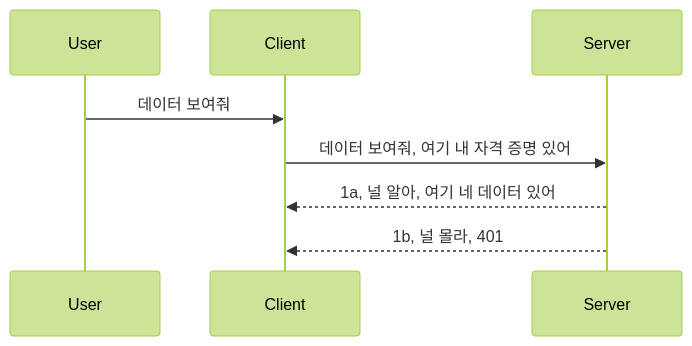
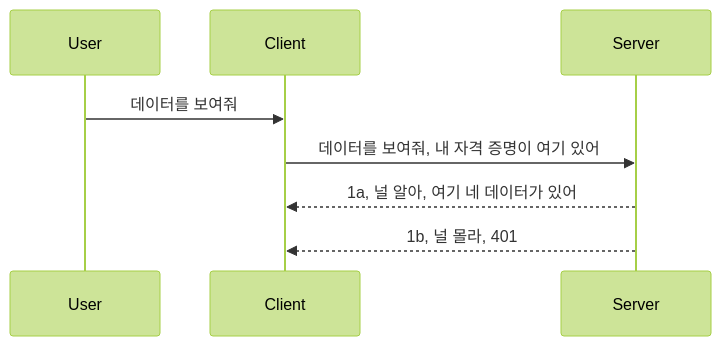
Before and after one commit to HIDORAKAI002/ai-workspace-archive: the diagram in mcp_ecosystem__model_context_protocol/mcp_learning_resources/mcp-for-beginners/translations/ko/03-GettingStarted/11-simple-auth/README.md, drawn with Mermaid (forest theme). The commit also changed other lines of this file and 1046 other files, not shown here.

````diff
--- a/mcp_ecosystem__model_context_protocol/mcp_learning_resources/mcp-for-beginners/translations/ko/03-GettingStarted/11-simple-auth/README.md
+++ b/mcp_ecosystem__model_context_protocol/mcp_learning_resources/mcp-for-beginners/translations/ko/03-GettingStarted/11-simple-auth/README.md
@@ -24,11 +24,11 @@
 ```mermaid
 sequenceDiagram
    participant User
    participant Client
    participant Server
 
-   User->>Client: 데이터 보여줘
-   Client->>Server: 데이터 보여줘, 여기 내 자격 증명 있어
-   Server-->>Client: 1a, 널 알아, 여기 네 데이터 있어
+   User->>Client: 데이터를 보여줘
+   Client->>Server: 데이터를 보여줘, 내 자격 증명이 여기 있어
+   Server-->>Client: 1a, 널 알아, 여기 네 데이터가 있어
    Server-->>Client: 1b, 널 몰라, 401 
 ```
````
